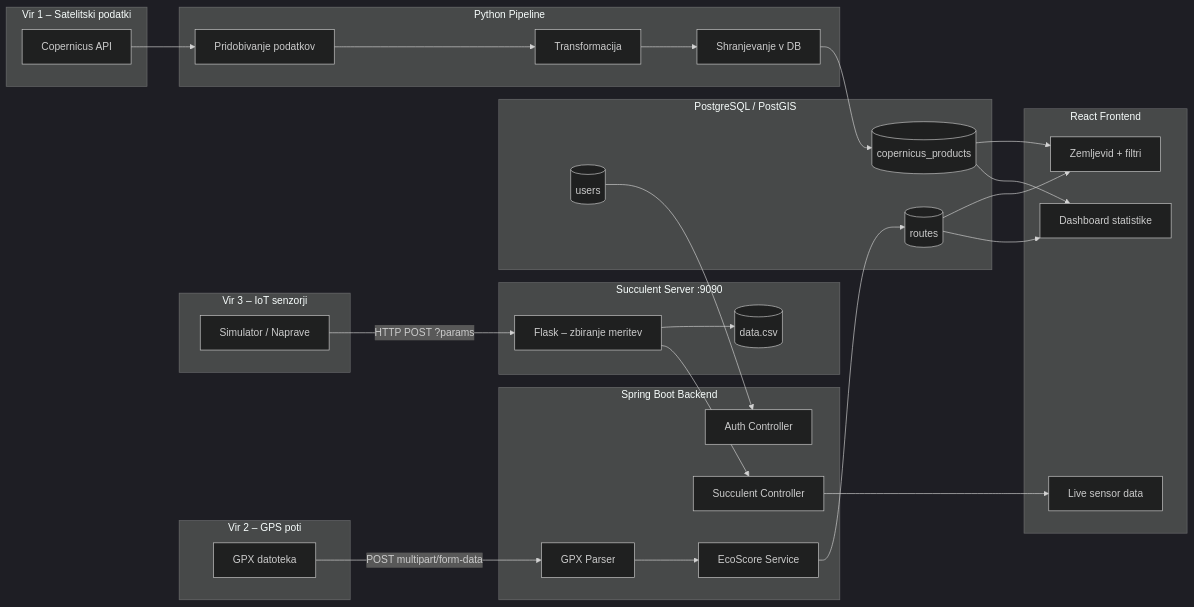
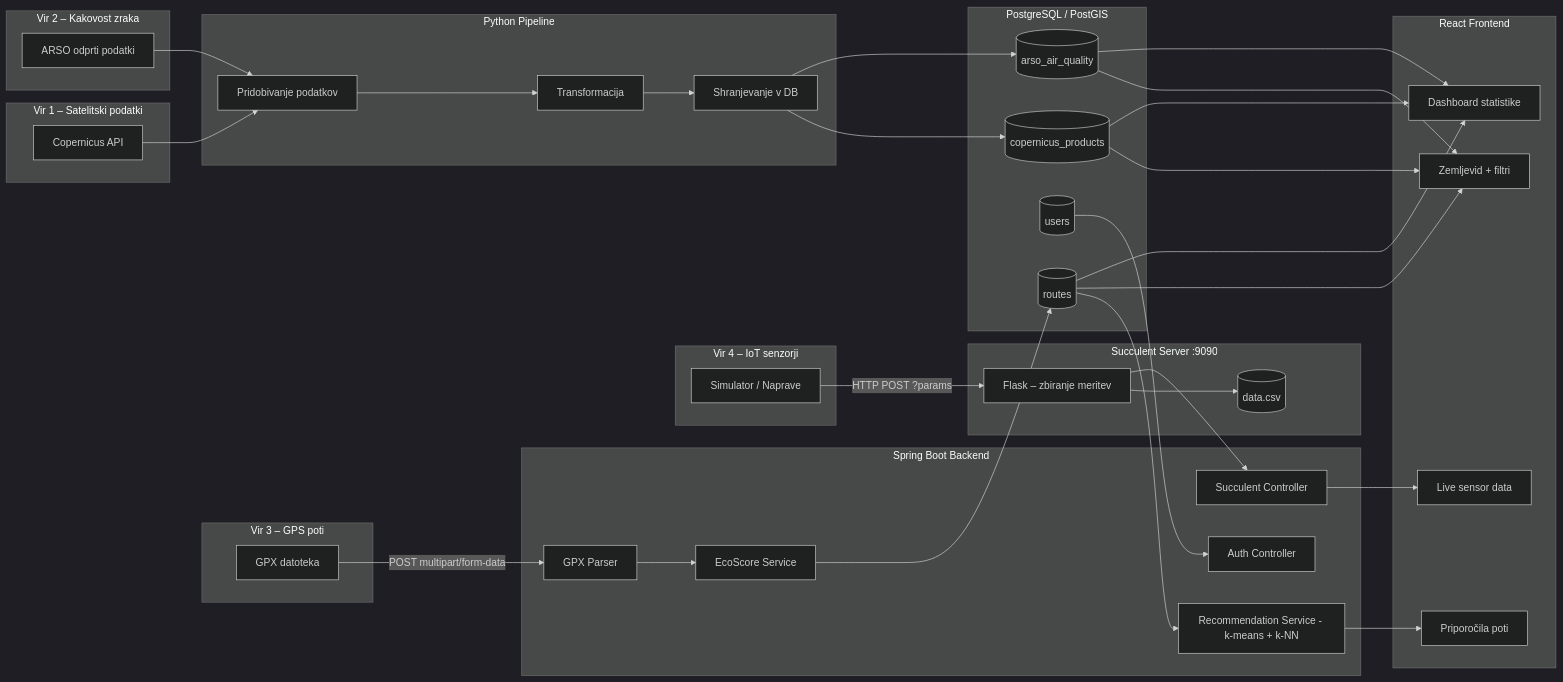
One commit to Lupet007/ecoflow changed the second of 10 diagrams in README.md. Above: the diagram before and after it, drawn with Mermaid (dark theme). The commit also changed other lines of this file, not shown here.

````diff
--- a/README.md
+++ b/README.md
@@ -120,56 +165,66 @@
 ```mermaid
 flowchart LR
     subgraph VIR1["Vir 1 – Satelitski podatki"]
         COP[Copernicus API]
     end
 
-    subgraph VIR2["Vir 2 – GPS poti"]
+    subgraph VIR2["Vir 2 – Kakovost zraka"]
+        ARSO[ARSO odprti podatki]
+    end
+
+    subgraph VIR3["Vir 3 – GPS poti"]
         GPX[GPX datoteka]
     end
 
-    subgraph VIR3["Vir 3 – IoT senzorji"]
+    subgraph VIR4["Vir 4 – IoT senzorji"]
         IOT[Simulator / Naprave]
     end
 
     subgraph PIPELINE["Python Pipeline"]
         P1[Pridobivanje podatkov]
         P2[Transformacija]
         P3[Shranjevanje v DB]
         P1 --> P2 --> P3
     end
 
     subgraph BACKEND["Spring Boot Backend"]
         GPXParser[GPX Parser]
         EcoScore[EcoScore Service]
+        RecEngine[Recommendation Service - k-means + k-NN]
         SuccCtrl[Succulent Controller]
         AuthCtrl[Auth Controller]
     end
 
     subgraph DB["PostgreSQL / PostGIS"]
         T1[(copernicus_products)]
         T2[(routes)]
         T3[(users)]
+        T4[(arso_air_quality)]
     end
 
     subgraph SUCCULENT["Succulent Server :9090"]
         SC[Flask – zbiranje meritev]
         CSV[(data.csv)]
         SC --> CSV
     end
 
     subgraph FRONTEND["React Frontend"]
         Map[Zemljevid + filtri]
         Dash[Dashboard statistike]
+        Rec[Priporočila poti]
         Live[Live sensor data]
     end
 
     COP --> P1
+    ARSO --> P1
     P3 --> T1
+    P3 --> T4
     GPX -->|POST multipart/form-data| GPXParser
     GPXParser --> EcoScore --> T2
+    T2 --> RecEngine --> Rec
     IOT -->|HTTP POST ?params| SC
     SC --> SuccCtrl
-    T1 & T2 --> Map & Dash
+    T1 & T2 & T4 --> Map & Dash
     SuccCtrl --> Live
     T3 --> AuthCtrl
 ```
````
